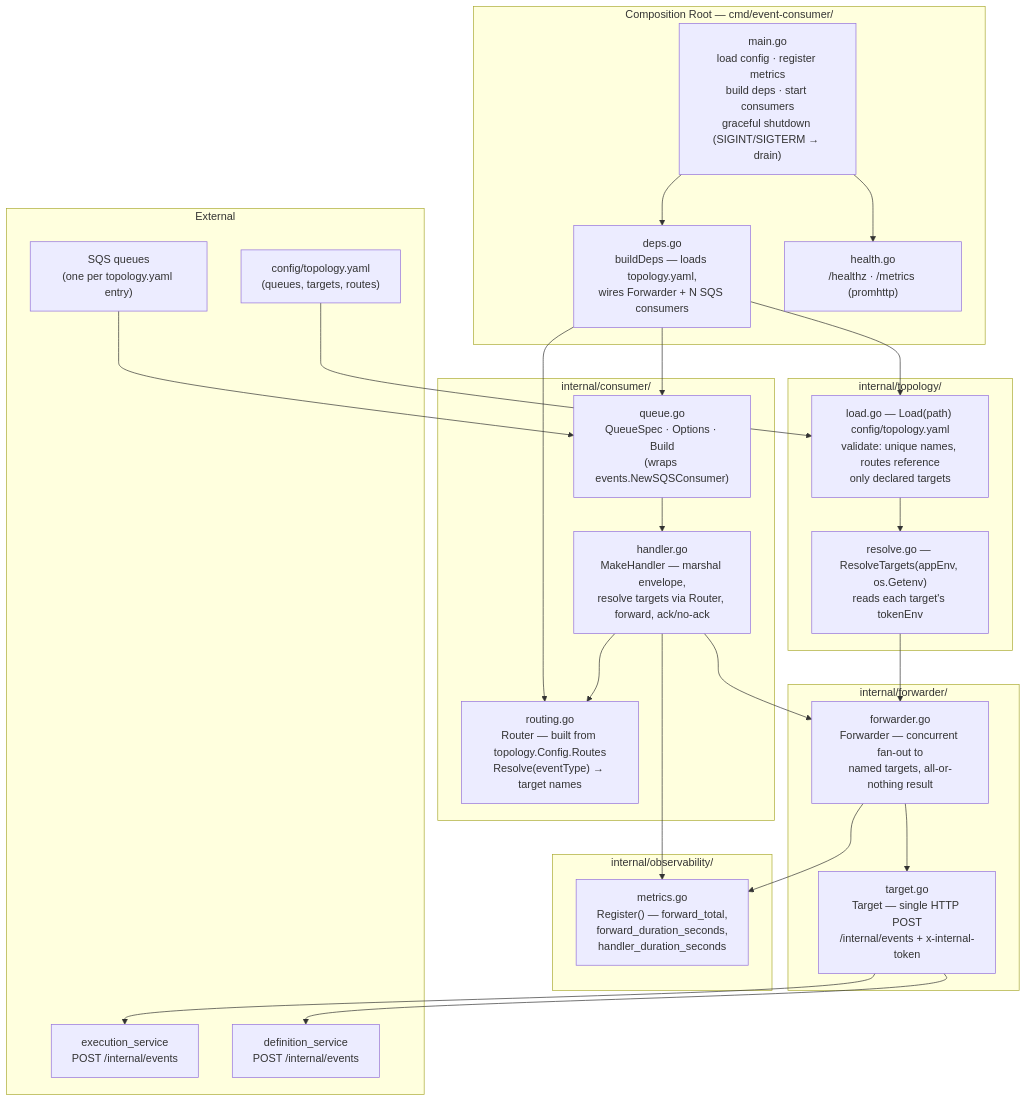
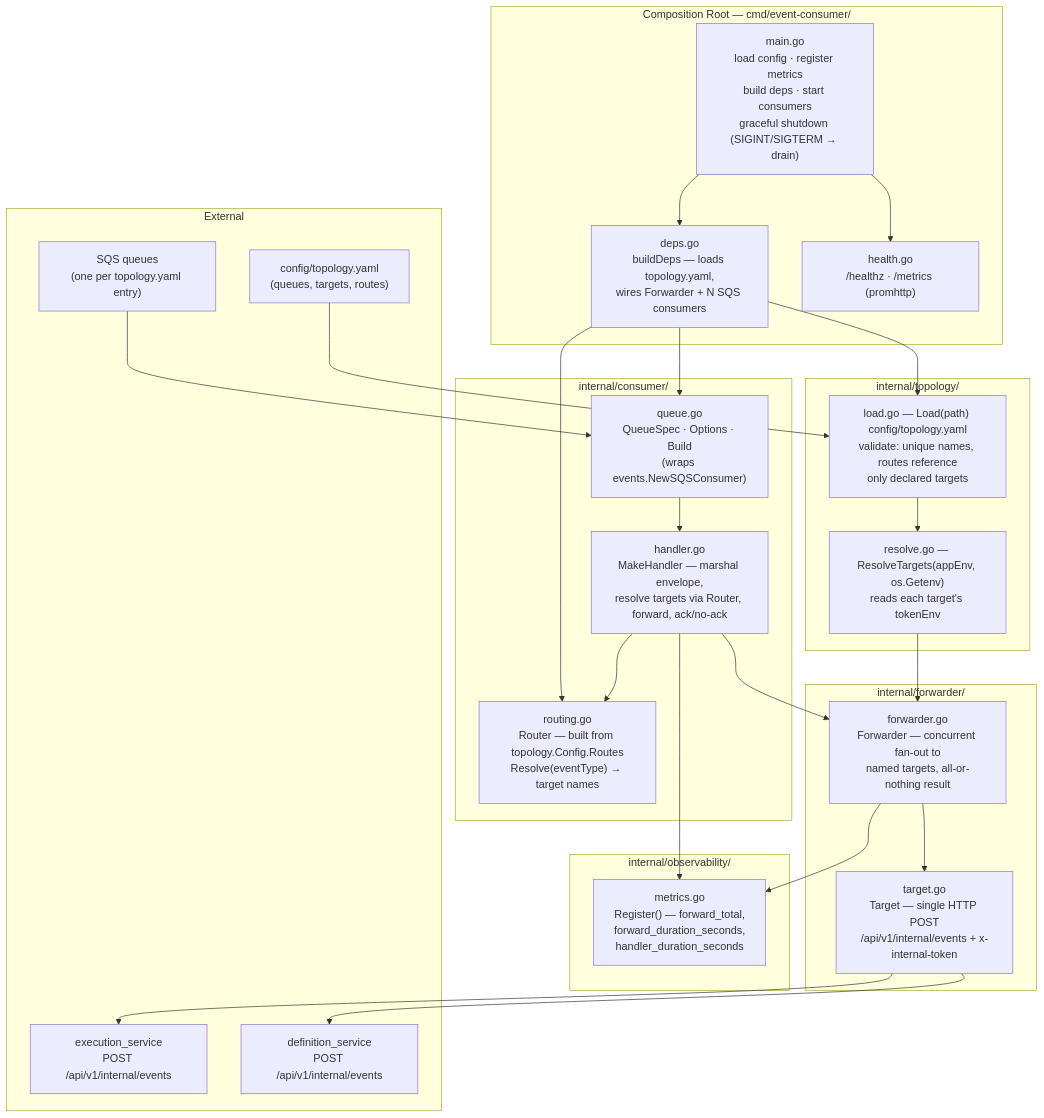
Before and after one commit to BCBP-SOLUTIONS-FZC-LLC/workflow-event-consumer: the first of 3 diagrams in ARCHITECTURE.md, drawn with Mermaid. The commit also changed other lines of this file and 5 other files, not shown here.

First line of the commit message:
fix(forwarder): use /api/v1/internal/events prefix, not the bare /internal/events path

````diff
--- a/ARCHITECTURE.md
+++ b/ARCHITECTURE.md
@@ -19,53 +19,53 @@
 ```mermaid
 graph TD
     subgraph cmd["Composition Root — cmd/event-consumer/"]
         main["main.go\nload config · register metrics\nbuild deps · start consumers\ngraceful shutdown (SIGINT/SIGTERM → drain)"]
         deps["deps.go\nbuildDeps — loads topology.yaml,\nwires Forwarder + N SQS consumers"]
         health["health.go\n/healthz · /metrics (promhttp)"]
     end
 
     subgraph topology["internal/topology/"]
         topoload["load.go — Load(path) config/topology.yaml\nvalidate: unique names, routes reference\nonly declared targets"]
         resolve["resolve.go — ResolveTargets(appEnv, os.Getenv)\nreads each target's tokenEnv"]
     end
 
     subgraph consumer["internal/consumer/"]
         queue["queue.go\nQueueSpec · Options · Build\n(wraps events.NewSQSConsumer)"]
         handler["handler.go\nMakeHandler — marshal envelope,\nresolve targets via Router, forward, ack/no-ack"]
         routing["routing.go\nRouter — built from topology.Config.Routes\nResolve(eventType) → target names"]
     end
 
     subgraph forwarder["internal/forwarder/"]
         fwd["forwarder.go\nForwarder — concurrent fan-out to\nnamed targets, all-or-nothing result"]
-        target["target.go\nTarget — single HTTP POST\n/internal/events + x-internal-token"]
+        target["target.go\nTarget — single HTTP POST\n/api/v1/internal/events + x-internal-token"]
     end
 
     subgraph observability["internal/observability/"]
         metrics["metrics.go\nRegister() — forward_total,\nforward_duration_seconds,\nhandler_duration_seconds"]
     end
 
     subgraph external["External"]
         yaml["config/topology.yaml\n(queues, targets, routes)"]
         sqs["SQS queues\n(one per topology.yaml entry)"]
-        exec["execution_service\nPOST /internal/events"]
-        def["definition_service\nPOST /internal/events"]
+        exec["execution_service\nPOST /api/v1/internal/events"]
+        def["definition_service\nPOST /api/v1/internal/events"]
     end
 
     yaml --> topoload
     deps --> topoload
     topoload --> resolve
     resolve --> fwd
     sqs --> queue
     main --> deps
     deps --> queue
     deps --> routing
     main --> health
     queue --> handler
     handler --> routing
     handler --> fwd
     fwd --> target
     target --> exec
     target --> def
     handler --> metrics
     fwd --> metrics
 ```
````
